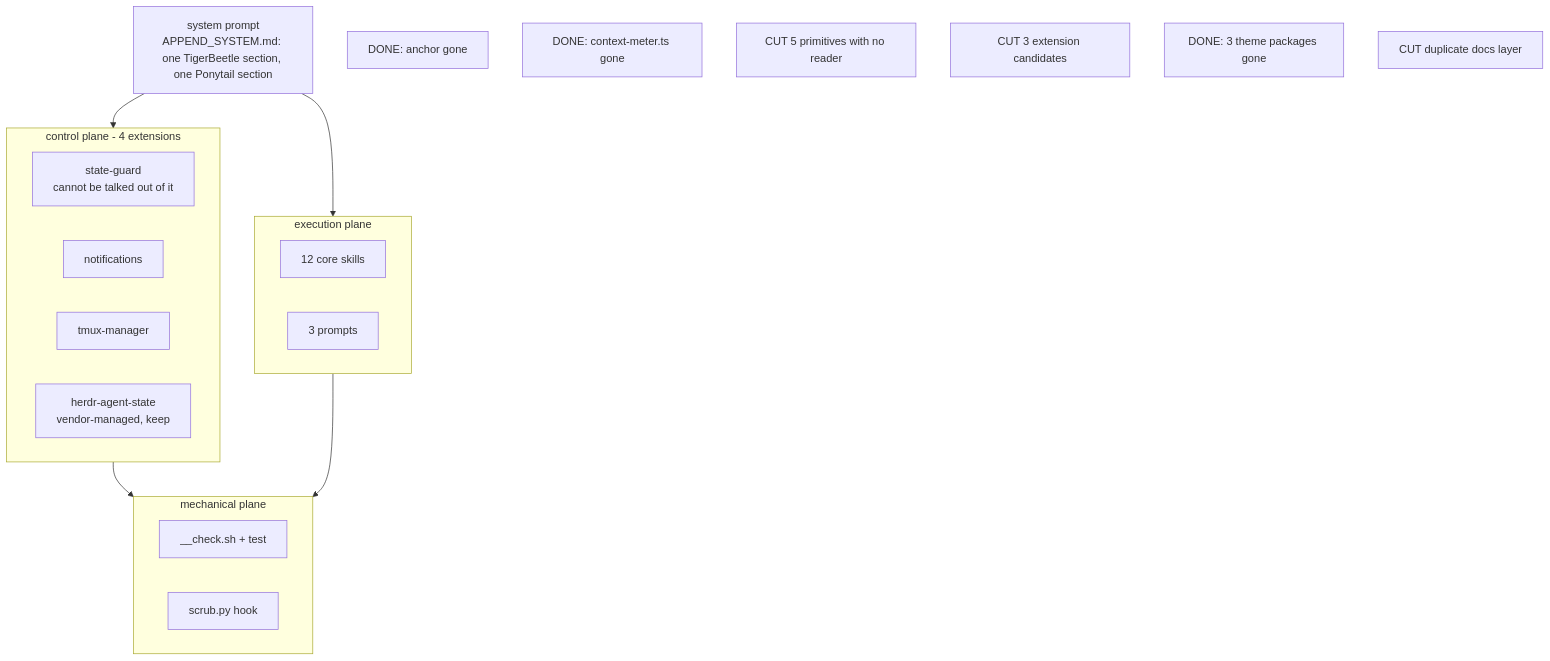
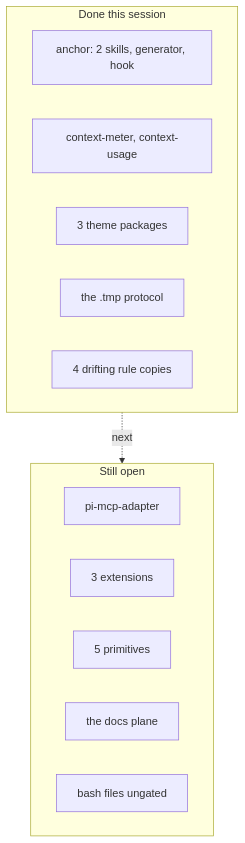
The fifth of 5 diagrams in agent/harness-map.md (sub0xdai/n0x-pi), drawn with Mermaid before and after one commit. The commit also changed other lines of this file and 7 other files, not shown here.

````diff
--- a/agent/harness-map.md
+++ b/agent/harness-map.md
@@ -146,28 +152,18 @@
 ```mermaid
 flowchart TB
-    SP["system prompt<br/>APPEND_SYSTEM.md: one TigerBeetle section, one Ponytail section"]
-    subgraph CTL["control plane - 4 extensions"]
-        E1["state-guard<br/>cannot be talked out of it"]
-        E2["notifications"]
-        E3["tmux-manager"]
-        E4["herdr-agent-state<br/>vendor-managed, keep"]
+    subgraph D["Done this session"]
+        D1["anchor: 2 skills, generator, hook"]
+        D2["context-meter, context-usage"]
+        D3["3 theme packages"]
+        D4["the .tmp protocol"]
+        D5["4 drifting rule copies"]
     end
-    subgraph PL["execution plane"]
-        S1["12 core skills"]
-        S2["3 prompts"]
+    subgraph O["Still open"]
+        O1["pi-mcp-adapter"]
+        O2["3 extensions"]
+        O3["5 primitives"]
+        O4["the docs plane"]
+        O5["bash files ungated"]
     end
-    subgraph MECH["mechanical plane"]
-        M1["__check.sh + test"]
-        M2["scrub.py hook"]
-    end
-    CUT1["DONE: anchor gone"]
-    CUT2["DONE: context-meter.ts gone"]
-    CUT3["CUT 5 primitives with no reader"]
-    CUT4["CUT 3 extension candidates"]
-    CUT5["DONE: 3 theme packages gone"]
-    CUT6["CUT duplicate docs layer"]
-    SP --> CTL
-    SP --> PL
-    CTL --> MECH
-    PL --> MECH
+    D -.->|"next"| O
 ```
````
